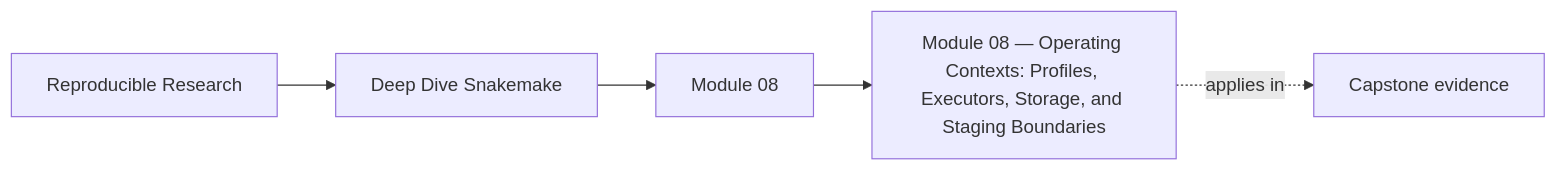
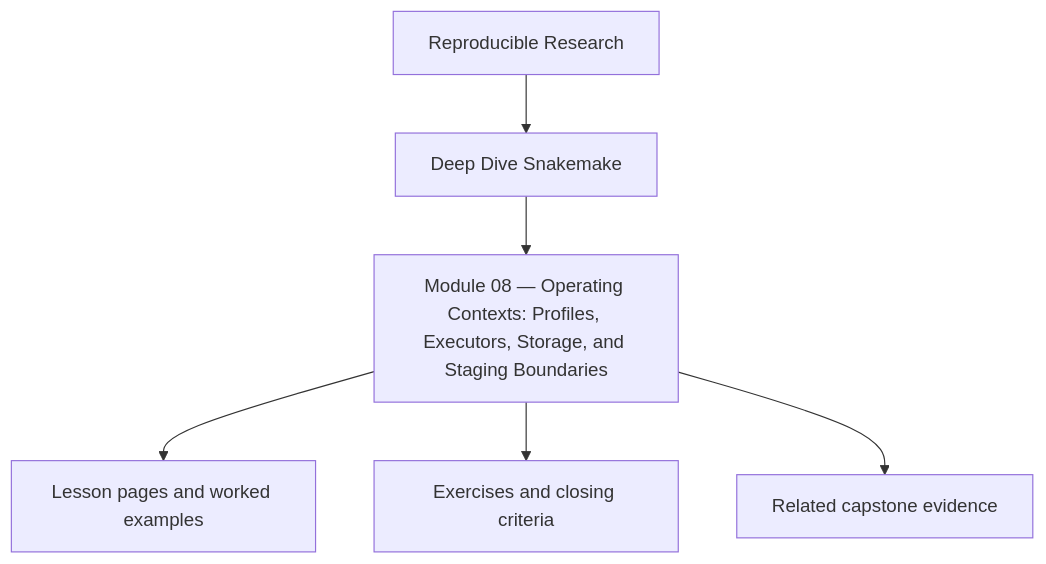
One commit to bijux/bijux-masterclass changed the first of 2 diagrams in programs/reproducible-research/deep-dive-snakemake/course-book/module-08-operating-contexts-and-execution-policy/index.md. Above: the diagram before and after it, drawn with Mermaid. The commit also changed other lines of this file and 10 other files, not shown here.

Commit message:
docs(deep-dive-snakemake): reposition module overview diagrams

````diff
--- a/programs/reproducible-research/deep-dive-snakemake/course-book/module-08-operating-contexts-and-execution-policy/index.md
+++ b/programs/reproducible-research/deep-dive-snakemake/course-book/module-08-operating-contexts-and-execution-policy/index.md
@@ -9,11 +9,8 @@
 ```mermaid
-graph LR
-  family["Reproducible Research"]
-  program["Deep Dive Snakemake"]
-  section["Module 08"]
-  page["Module 08 — Operating Contexts: Profiles, Executors, Storage, and Staging Boundaries"]
-  capstone["Capstone evidence"]
-
-  family --> program --> section --> page
-  page -.applies in.-> capstone
+flowchart TD
+  family["Reproducible Research"] --> program["Deep Dive Snakemake"]
+  program --> module["Module 08 — Operating Contexts: Profiles, Executors, Storage, and Staging Boundaries"]
+  module --> lessons["Lesson pages and worked examples"]
+  module --> checkpoints["Exercises and closing criteria"]
+  module --> capstone["Related capstone evidence"]
 ```
````
